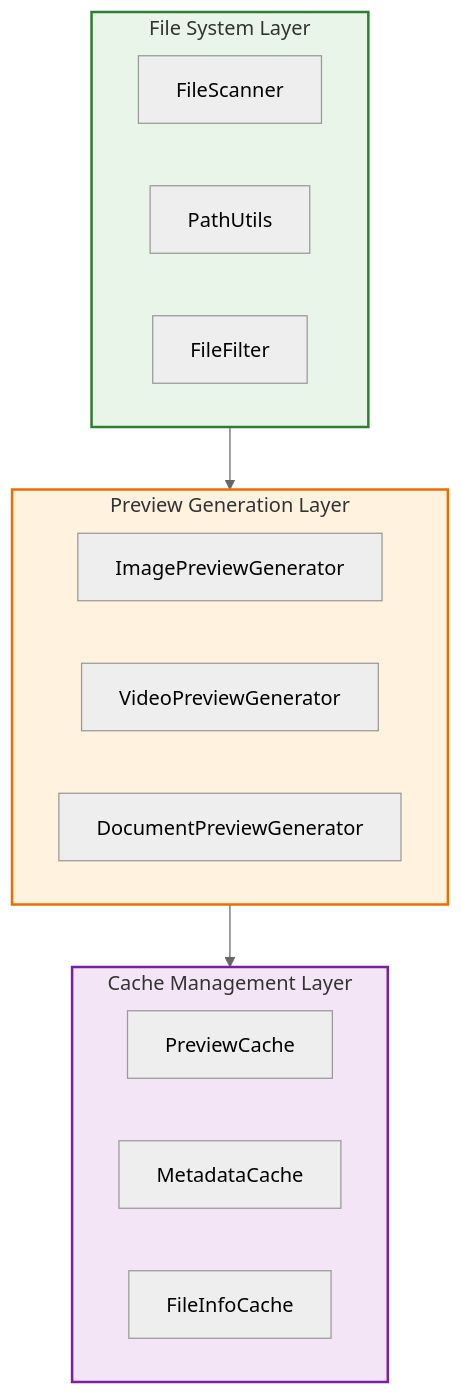
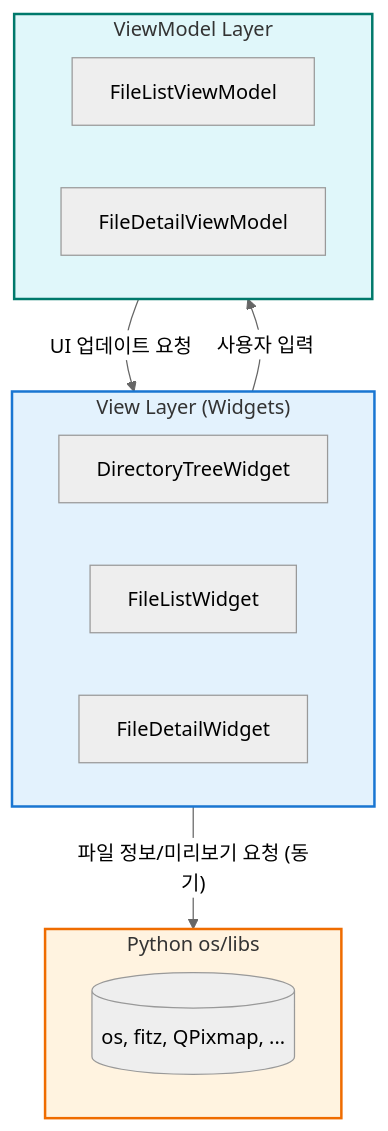
One commit to Yamang02/PYQT5_FileTagger changed the first of 2 diagrams in docs/specifications/technical/TS-20250711-003_file_system_preview_system.md. Above: the diagram before and after it, drawn with Mermaid (neutral theme). The commit also changed other lines of this file and 3 other files, not shown here.

````diff
--- a/docs/specifications/technical/TS-20250711-003_file_system_preview_system.md
+++ b/docs/specifications/technical/TS-20250711-003_file_system_preview_system.md
@@ -29,27 +35,25 @@
 ```mermaid
 graph TB
-    subgraph FileSystemLayer["File System Layer"]
-        FS[FileScanner]
-        PU[PathUtils]
-        FF[FileFilter]
+    subgraph ViewLayer["View Layer (Widgets)"]
+        DTW[DirectoryTreeWidget]
+        FLW[FileListWidget]
+        FDW[FileDetailWidget]
     end
-    
-    subgraph PreviewGenerationLayer["Preview Generation Layer"]
-        IPG[ImagePreviewGenerator]
-        VPG[VideoPreviewGenerator]
-        DPG[DocumentPreviewGenerator]
+
+    subgraph ViewModelLayer["ViewModel Layer"]
+        FLVM[FileListViewModel]
+        FDVM[FileDetailViewModel]
     end
-    
-    subgraph CacheManagementLayer["Cache Management Layer"]
-        PC[PreviewCache]
-        MC[MetadataCache]
-        FIC[FileInfoCache]
+
+    subgraph OsModule["Python os/libs"]
+        OS[(os, fitz, QPixmap, ...)]
     end
-    
-    FileSystemLayer --> PreviewGenerationLayer
-    PreviewGenerationLayer --> CacheManagementLayer
-    
-    style FileSystemLayer fill:#e8f5e8,stroke:#2e7d32,stroke-width:2px
-    style PreviewGenerationLayer fill:#fff3e0,stroke:#ef6c00,stroke-width:2px
-    style CacheManagementLayer fill:#f3e5f5,stroke:#7b1fa2,stroke-width:2px
+
+    ViewLayer -- "사용자 입력" --> ViewModelLayer
+    ViewModelLayer -- "UI 업데이트 요청" --> ViewLayer
+    ViewLayer -- "파일 정보/미리보기 요청 (동기)" --> OsModule
+
+    style ViewLayer fill:#e3f2fd,stroke:#1976d2,stroke-width:2px
+    style ViewModelLayer fill:#e0f7fa,stroke:#00796b,stroke-width:2px
+    style OsModule fill:#fff3e0,stroke:#ef6c00,stroke-width:2px
 ```
````
